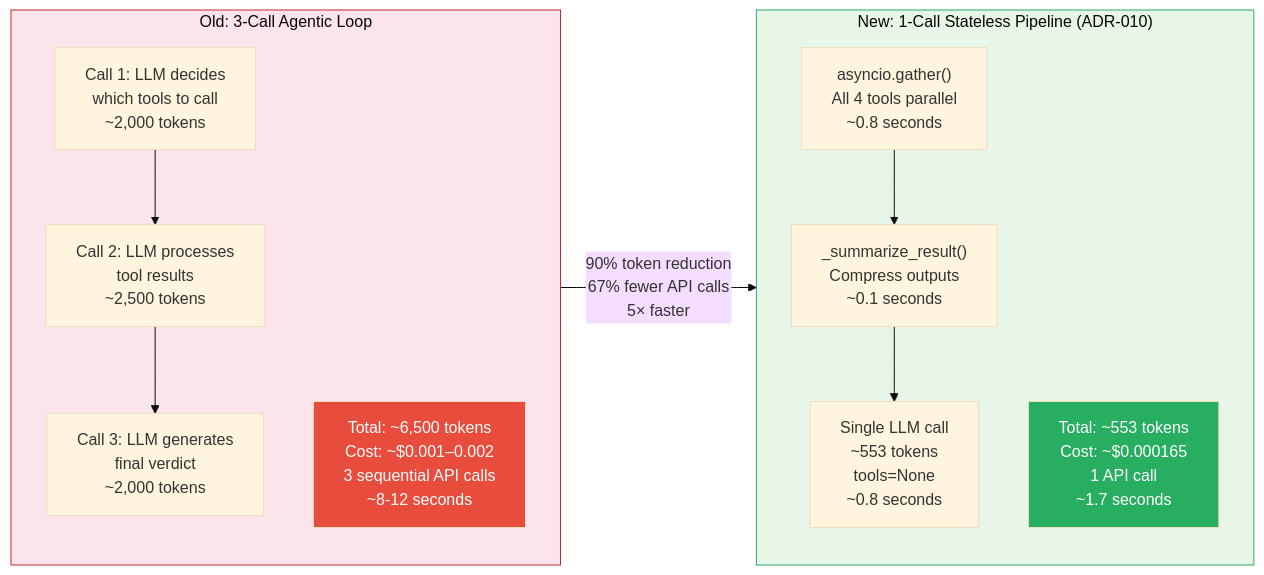
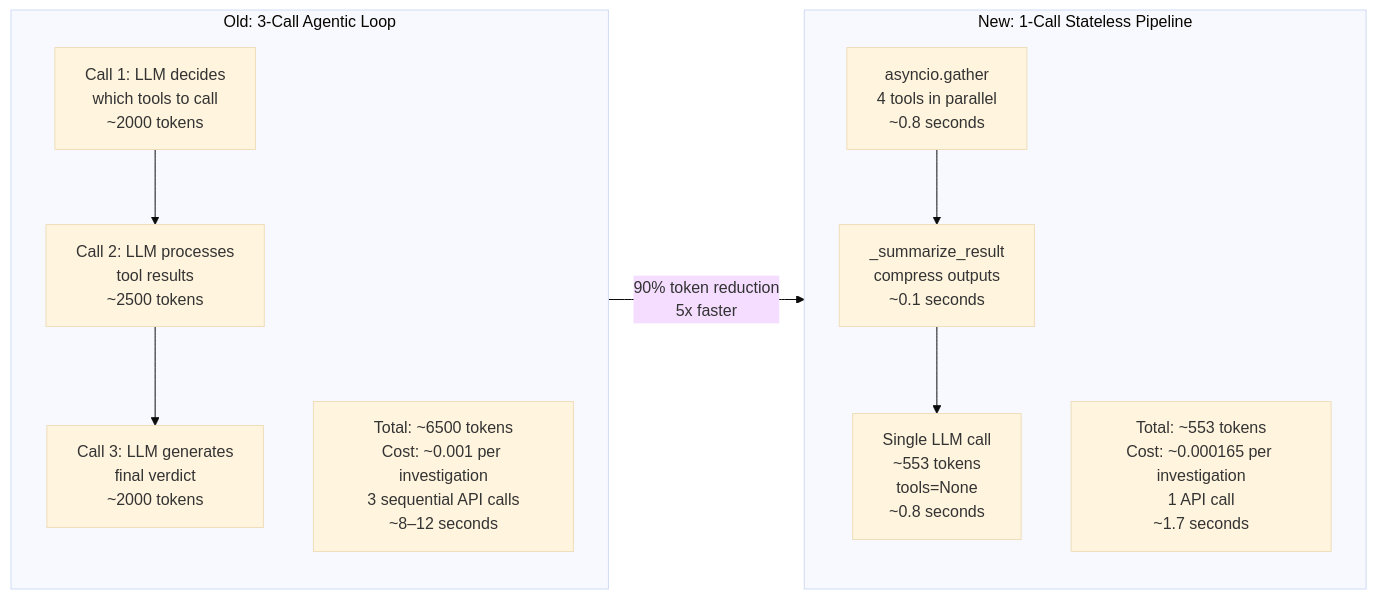
Diagram 18 of 21 in docs/MASTER.md (Skarthik06/cybersentinel-ai), drawn with Mermaid (base theme) before and after one commit. The commit also changed other lines of this file and 50 other files, not shown here.

````diff
--- a/docs/MASTER.md
+++ b/docs/MASTER.md
@@ -1256,25 +1142,20 @@
 ```mermaid
 graph LR
     subgraph OLD["Old: 3-Call Agentic Loop"]
-        O1["Call 1: LLM decides\nwhich tools to call\n~2,000 tokens"]
-        O2["Call 2: LLM processes\ntool results\n~2,500 tokens"]
-        O3["Call 3: LLM generates\nfinal verdict\n~2,000 tokens"]
+        O1[Call 1: LLM decides\nwhich tools to call\n~2000 tokens]
+        O2[Call 2: LLM processes\ntool results\n~2500 tokens]
+        O3[Call 3: LLM generates\nfinal verdict\n~2000 tokens]
         O1 --> O2 --> O3
-        OTOTAL["Total: ~6,500 tokens\nCost: ~$0.001–0.002\n3 sequential API calls\n~8-12 seconds"]
+        OTOTAL[Total: ~6500 tokens\nCost: ~0.001 per investigation\n3 sequential API calls\n~8–12 seconds]
     end
 
-    subgraph NEW["New: 1-Call Stateless Pipeline (ADR-010)"]
-        N1["asyncio.gather()\nAll 4 tools parallel\n~0.8 seconds"]
-        N2["_summarize_result()\nCompress outputs\n~0.1 seconds"]
-        N3["Single LLM call\n~553 tokens\ntools=None\n~0.8 seconds"]
+    subgraph NEW["New: 1-Call Stateless Pipeline"]
+        N1[asyncio.gather\n4 tools in parallel\n~0.8 seconds]
+        N2[_summarize_result\ncompress outputs\n~0.1 seconds]
+        N3[Single LLM call\n~553 tokens\ntools=None\n~0.8 seconds]
         N1 --> N2 --> N3
-        NTOTAL["Total: ~553 tokens\nCost: ~$0.000165\n1 API call\n~1.7 seconds"]
+        NTOTAL[Total: ~553 tokens\nCost: ~0.000165 per investigation\n1 API call\n~1.7 seconds]
     end
 
-    OLD -->|"90% token reduction\n67% fewer API calls\n5× faster"| NEW
-
-    style OLD fill:#fce4ec,stroke:#c62828
-    style NEW fill:#e8f5e9,stroke:#27ae60
-    style OTOTAL fill:#e74c3c,color:#fff
-    style NTOTAL fill:#27ae60,color:#fff
+    OLD -->|90% token reduction\n5x faster| NEW
 ```
````
